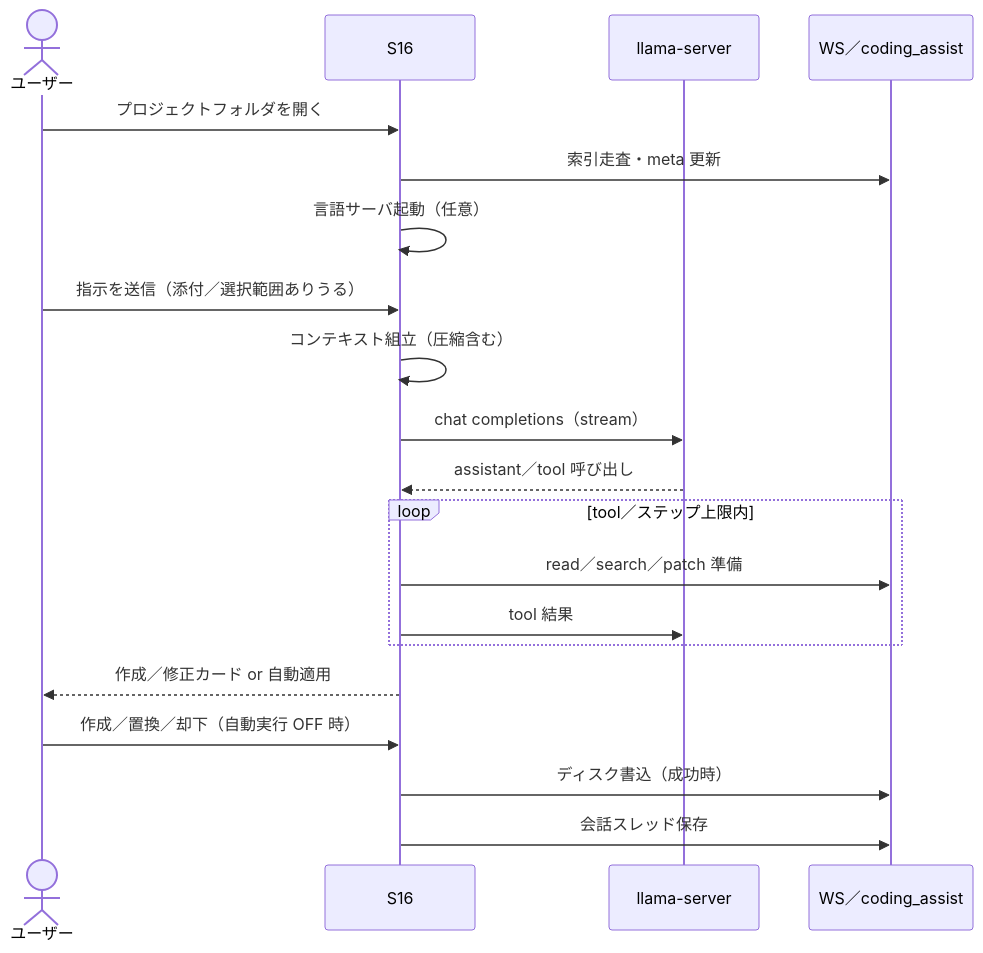
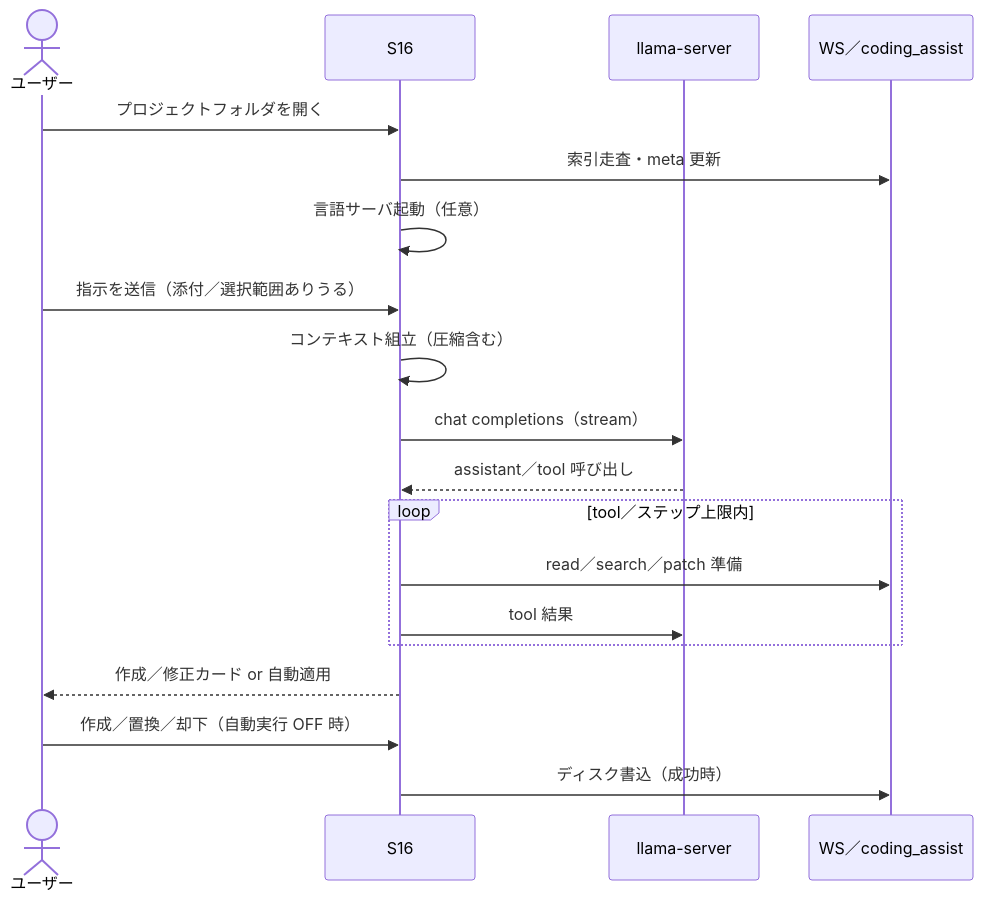
Before and after one commit to eda-mame-saya/lmcode: the diagram in document/基本設計/02_主要シーケンス.md, drawn with Mermaid. The commit also changed other lines of this file and 36 other files, not shown here.

````diff
--- a/document/基本設計/02_主要シーケンス.md
+++ b/document/基本設計/02_主要シーケンス.md
@@ -25,24 +25,23 @@
 ```mermaid
 sequenceDiagram
   actor U as ユーザー
   participant App as S16
   participant LLM as llama-server
   participant FS as WS／coding_assist
 
   U->>App: プロジェクトフォルダを開く
   App->>FS: 索引走査・meta 更新
   App->>App: 言語サーバ起動（任意）
 
   U->>App: 指示を送信（添付／選択範囲ありうる）
   App->>App: コンテキスト組立（圧縮含む）
   App->>LLM: chat completions（stream）
   LLM-->>App: assistant／tool 呼び出し
   loop tool／ステップ上限内
     App->>FS: read／search／patch 準備
     App->>LLM: tool 結果
   end
   App-->>U: 作成／修正カード or 自動適用
   U->>App: 作成／置換／却下（自動実行 OFF 時）
   App->>FS: ディスク書込（成功時）
-  App->>FS: 会話スレッド保存
 ```
````
